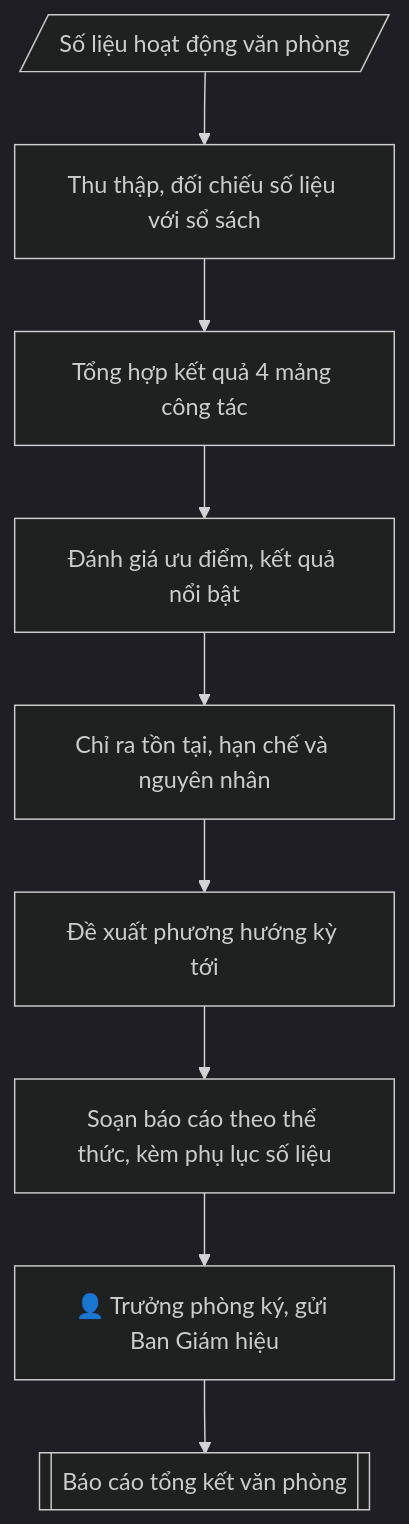
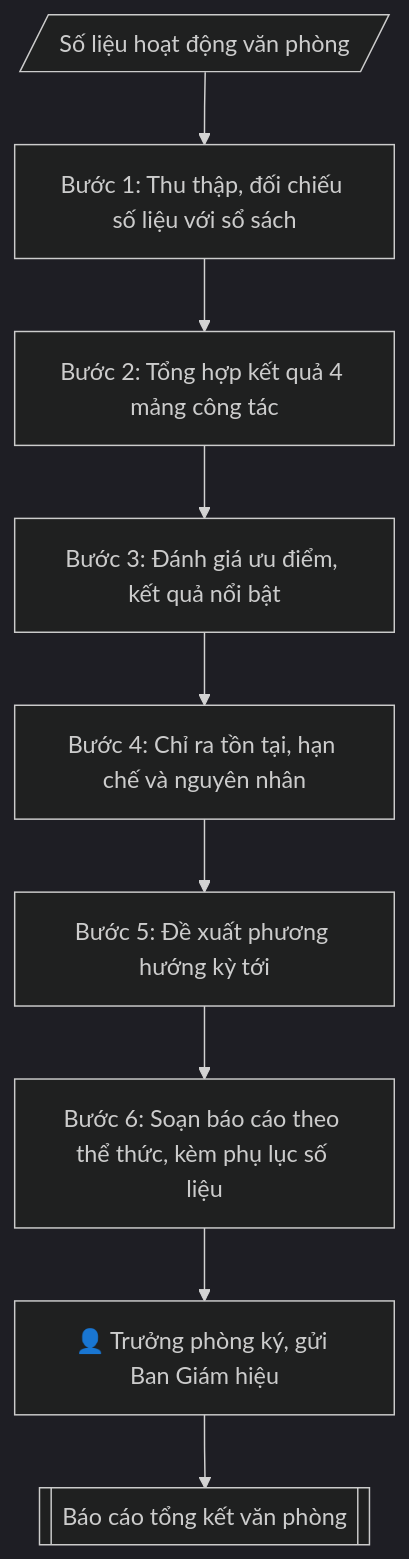
One commit to phamtruong91/dh-skills changed the diagram in skills/bao-cao-tong-ket-vp/SKILL.md. Above: the diagram before and after it, drawn with Mermaid (dark theme). The commit also changed other lines of this file and 30 other files, not shown here.

First line of the commit message:
Rà soát cấu trúc nhóm 1 (20 skill): sửa thể thức, sơ đồ, vai trò ký, thứ tự bước; thêm audit_structure và khóa lỗi mẫu

````diff
--- a/skills/bao-cao-tong-ket-vp/SKILL.md
+++ b/skills/bao-cao-tong-ket-vp/SKILL.md
@@ -81,11 +81,11 @@
 ```mermaid
 flowchart TD
-    IN[/"Số liệu hoạt động văn phòng"/] --> A["Thu thập, đối chiếu số liệu với sổ sách"]
-    A --> B["Tổng hợp kết quả 4 mảng công tác"]
-    B --> C["Đánh giá ưu điểm, kết quả nổi bật"]
-    C --> D["Chỉ ra tồn tại, hạn chế và nguyên nhân"]
-    D --> E["Đề xuất phương hướng kỳ tới"]
-    E --> F["Soạn báo cáo theo thể thức, kèm phụ lục số liệu"]
+    IN[/"Số liệu hoạt động văn phòng"/] --> A["Bước 1: Thu thập, đối chiếu số liệu với sổ sách"]
+    A --> B["Bước 2: Tổng hợp kết quả 4 mảng công tác"]
+    B --> C["Bước 3: Đánh giá ưu điểm, kết quả nổi bật"]
+    C --> D["Bước 4: Chỉ ra tồn tại, hạn chế và nguyên nhân"]
+    D --> E["Bước 5: Đề xuất phương hướng kỳ tới"]
+    E --> F["Bước 6: Soạn báo cáo theo thể thức, kèm phụ lục số liệu"]
     F --> HG["👤 Trưởng phòng ký, gửi Ban Giám hiệu"]
     HG --> OUT[["Báo cáo tổng kết văn phòng"]]
 ```
````
